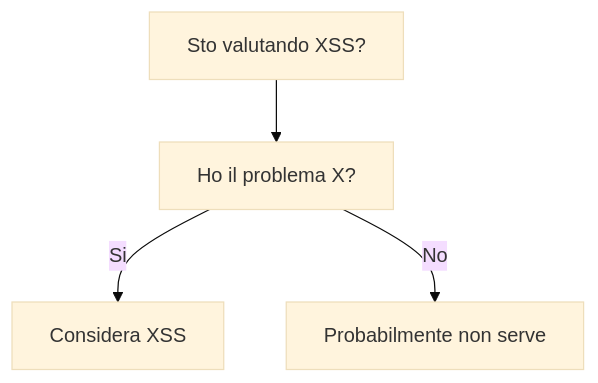
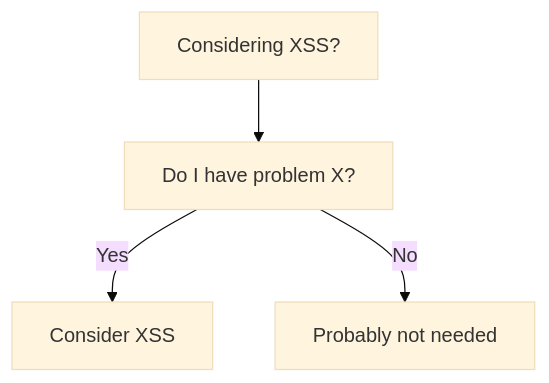
The diagram in dev-wiki/08_Security/XSS/When_To_Use.md (HxT9/Software-Dev-Wiki), drawn with Mermaid (base theme) before and after one commit. The commit also changed other lines of this file and 3444 other files, not shown here.

````diff
--- a/dev-wiki/08_Security/XSS/When_To_Use.md
+++ b/dev-wiki/08_Security/XSS/When_To_Use.md
@@ -19,6 +19,6 @@
 ```mermaid
 flowchart TD
-  Q[Sto valutando XSS?] --> Q1[Ho il problema X?]
-  Q1 -->|Si| OK[Considera XSS]
-  Q1 -->|No| NO[Probabilmente non serve]
+  Q[Considering XSS?] --> Q1[Do I have problem X?]
+  Q1 -->|Yes| OK[Consider XSS]
+  Q1 -->|No| NO[Probably not needed]
 ```
````
